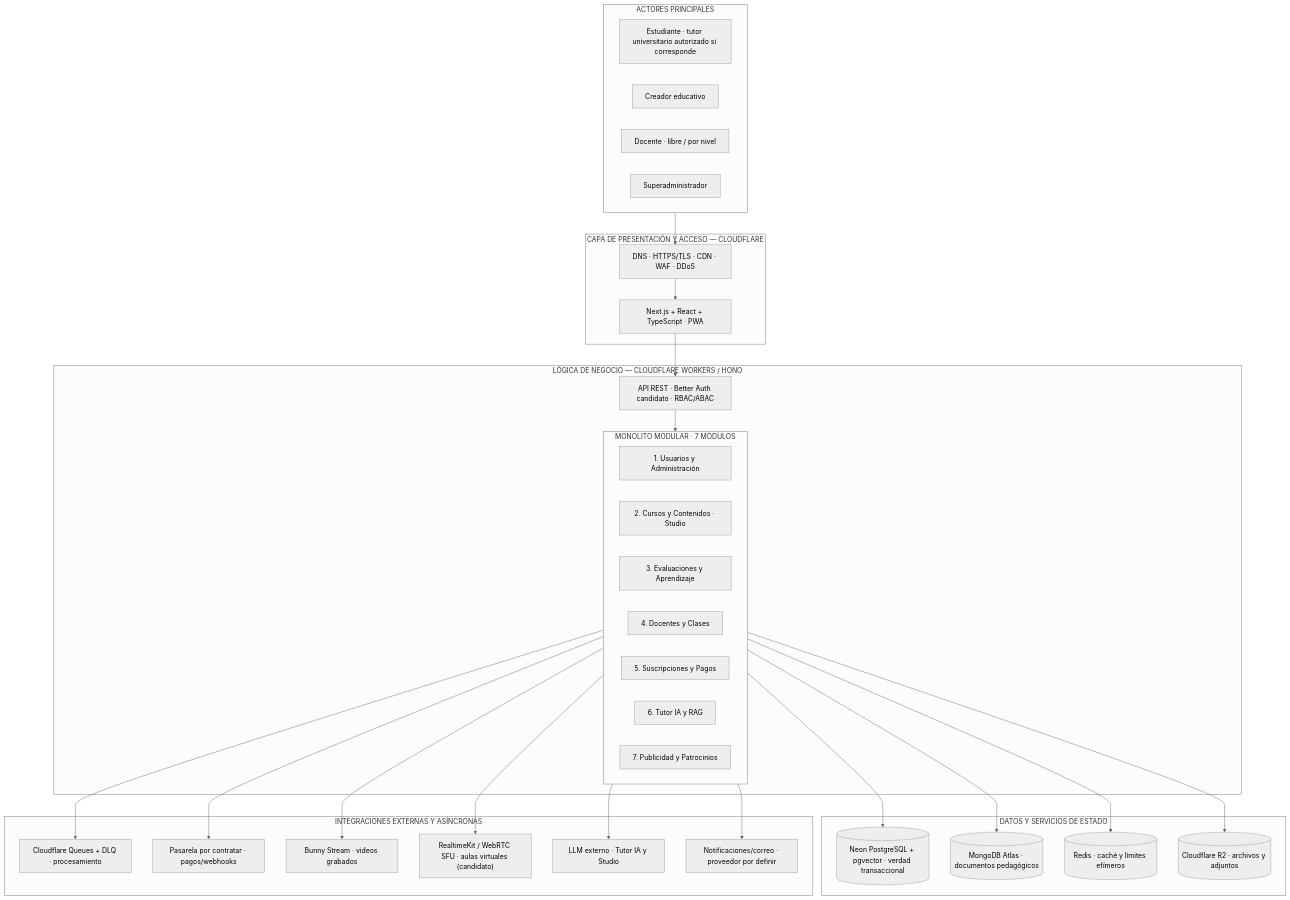
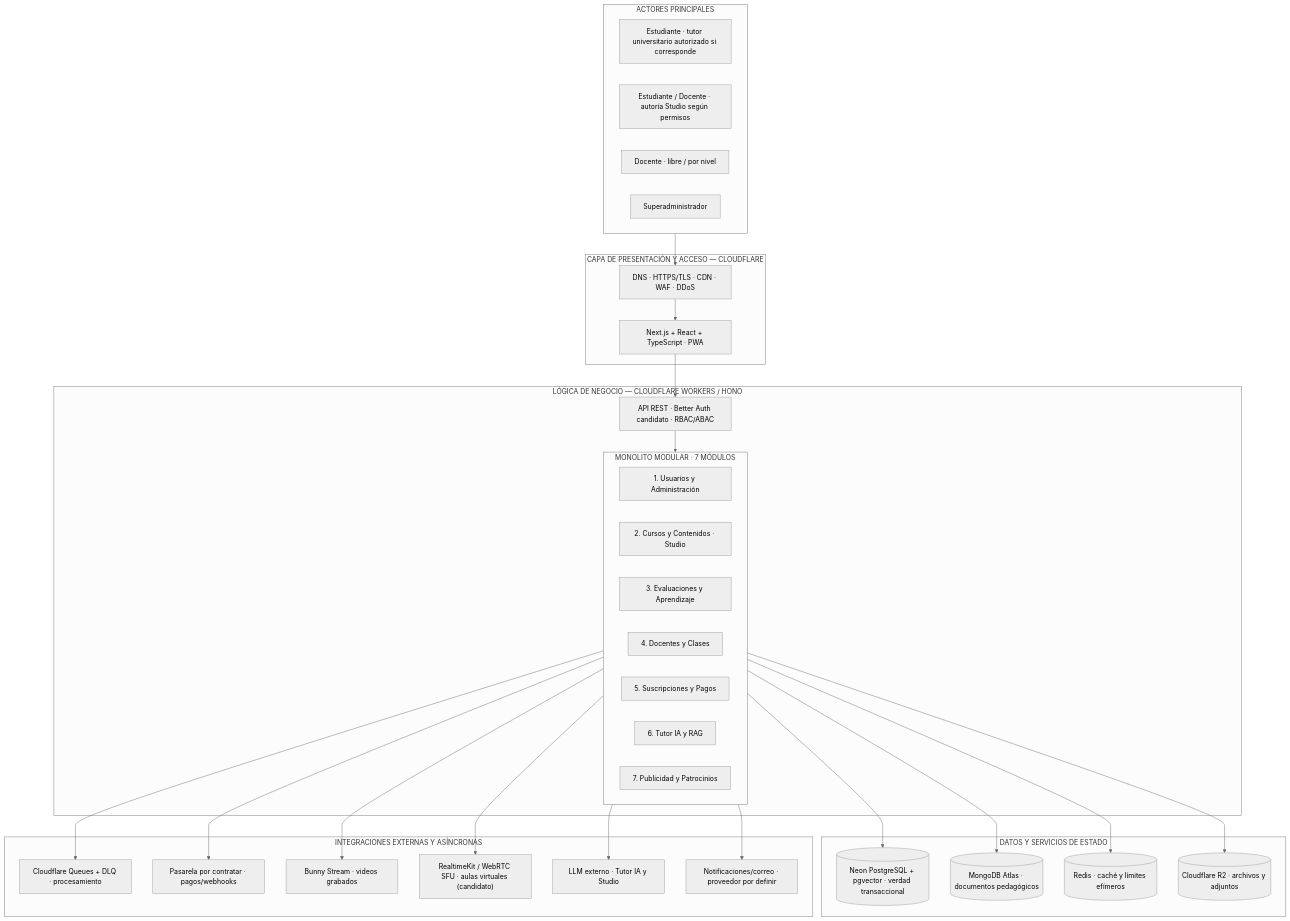
Before and after one commit to 100robert/Mentelyx: the diagram in docs/02-arquitectura-software/arquitectura-inicial.md, drawn with Mermaid (neutral theme). The commit also changed other lines of this file and 111 other files, not shown here.

````diff
--- a/docs/02-arquitectura-software/arquitectura-inicial.md
+++ b/docs/02-arquitectura-software/arquitectura-inicial.md
@@ -13,56 +13,56 @@
 ```mermaid
 flowchart TB
   subgraph USUARIOS["ACTORES PRINCIPALES"]
     EST["Estudiante · tutor universitario autorizado si corresponde"]
-    CREA["Creador educativo"]
+    CREA["Estudiante / Docente · autoría Studio según permisos"]
     DOC["Docente · libre / por nivel"]
     ADMIN["Superadministrador"]
   end
 
   subgraph EDGE["CAPA DE PRESENTACIÓN Y ACCESO — CLOUDFLARE"]
     CF["DNS · HTTPS/TLS · CDN · WAF · DDoS"]
     WEB["Next.js + React + TypeScript · PWA"]
   end
 
   subgraph BACK["LÓGICA DE NEGOCIO — CLOUDFLARE WORKERS / HONO"]
     API["API REST · Better Auth candidato · RBAC/ABAC"]
     subgraph MOD["MONOLITO MODULAR · 7 MÓDULOS"]
       M1["1. Usuarios y Administración"]
       M2["2. Cursos y Contenidos · Studio"]
       M3["3. Evaluaciones y Aprendizaje"]
       M4["4. Docentes y Clases"]
       M5["5. Suscripciones y Pagos"]
       M6["6. Tutor IA y RAG"]
       M7["7. Publicidad y Patrocinios"]
     end
   end
 
   subgraph DATA["DATOS Y SERVICIOS DE ESTADO"]
     PG[("Neon PostgreSQL + pgvector · verdad transaccional")]
     MDB[("MongoDB Atlas · documentos pedagógicos")]
     RED[("Redis · caché y límites efímeros")]
     R2[("Cloudflare R2 · archivos y adjuntos")]
   end
 
   subgraph EXT["INTEGRACIONES EXTERNAS Y ASÍNCRONAS"]
     QUEUE["Cloudflare Queues + DLQ · procesamiento"]
     PAY["Pasarela por contratar · pagos/webhooks"]
     MEDIA["Bunny Stream · videos grabados"]
     LIVE["RealtimeKit / WebRTC SFU · aulas virtuales (candidato)"]
     AI["LLM externo · Tutor IA y Studio"]
     MAIL["Notificaciones/correo · proveedor por definir"]
   end
 
   USUARIOS --> CF --> WEB --> API
   API --> MOD
   MOD --> PG
   MOD --> MDB
   MOD --> RED
   MOD --> R2
   MOD --> QUEUE
   MOD --> PAY
   MOD --> MEDIA
   MOD --> LIVE
   MOD --> AI
   MOD --> MAIL
 ```
````
